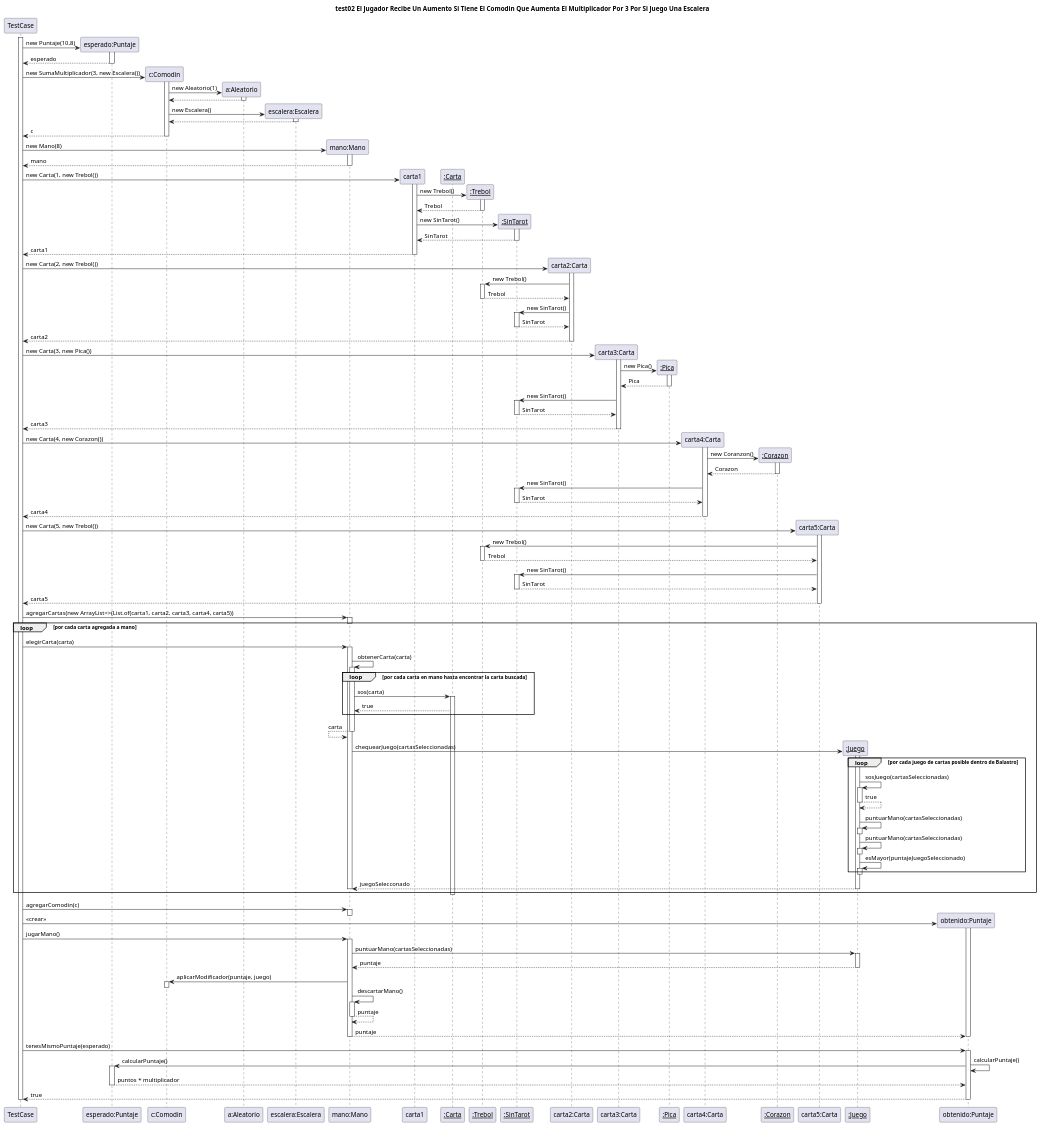
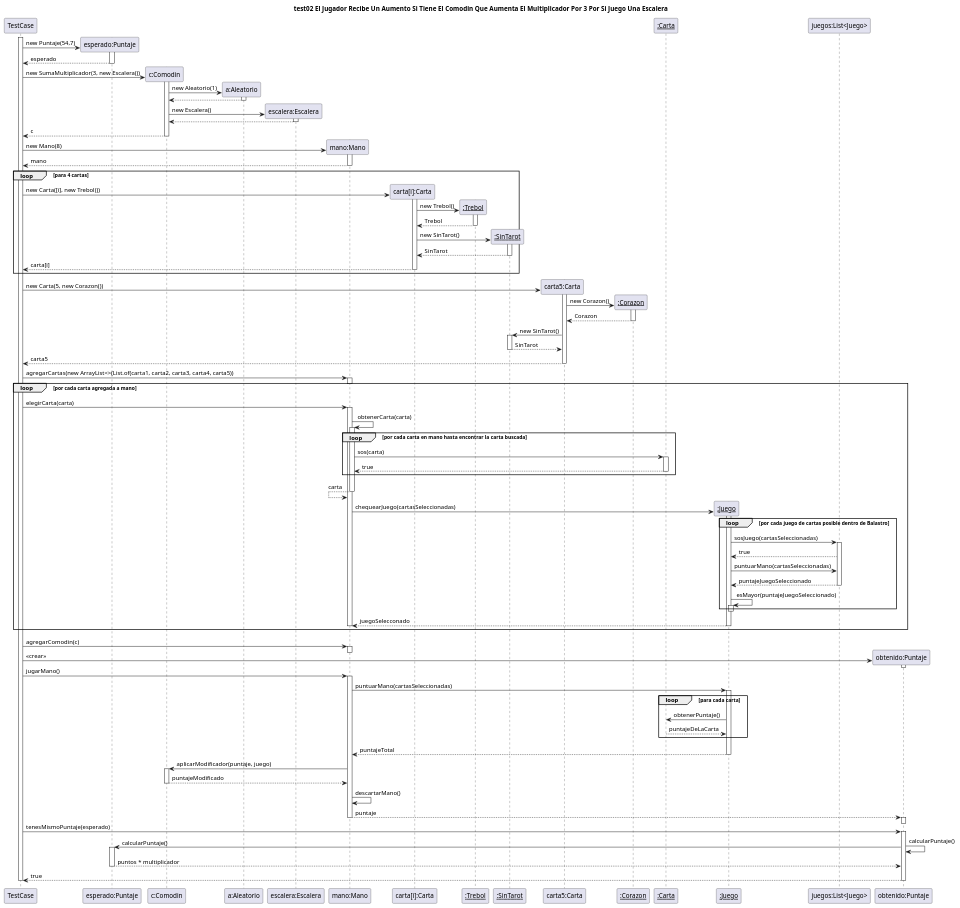
One commit to facukresta/g06-tp2-2c-2024 changed the diagram in diagrams/sequences/casoDeUso2.puml. Above: the diagram before and after it, drawn with PlantUML. The commit also changed 27 other files, not shown here.

```diff
--- a/diagrams/sequences/casoDeUso2.puml
+++ b/diagrams/sequences/casoDeUso2.puml
@@ -1,175 +1,139 @@
 @startuml casoDeUso2
 title "test02 El Jugador Recibe Un Aumento Si Tiene El Comodin Que Aumenta El Multiplicador Por 3 Por Si Juego Una Escalera"
 !pragma teoz true
 
 participant "TestCase" as TestCase
 
 activate TestCase
 
-TestCase -> "esperado:Puntaje" as esperado **: new Puntaje(10,8)
+TestCase -> "esperado:Puntaje" as esperado **: new Puntaje(54,7)
 activate esperado
 TestCase <-- esperado : esperado
 deactivate esperado
 
 TestCase -> "c:Comodin" as comodin **: new SumaMultiplicador(3, new Escalera())
 
 activate comodin
 comodin -> "a:Aleatorio" as aleatorio **: new Aleatorio(1)
 activate aleatorio
 comodin <-- aleatorio
 deactivate aleatorio
 comodin -> "escalera:Escalera" as escalera ** : new Escalera()
 activate escalera
 comodin <-- escalera
 deactivate escalera
 TestCase <-- comodin : c
 deactivate comodin
 
 TestCase -> "mano:Mano" as mano **: new Mano(8)
 activate mano
 TestCase <-- mano : mano
 deactivate mano
 
-carta1 -[hidden]-> "__:Carta__" as instanciaCarta **: blank
-& TestCase -> "carta1:Carta" as carta1 **: new Carta(1, new Trebol())
+loop para 4 cartas
+TestCase -> "carta[i]:Carta" as carta1 **: new Carta([i], new Trebol())
 activate carta1
 carta1 -> "__:Trebol__" as trebol **: new Trebol()
 activate trebol
 carta1 <-- trebol : Trebol
 deactivate trebol
 carta1 -> "__:SinTarot__" as sinTarot **: new SinTarot()
 activate sinTarot
 carta1 <-- sinTarot : SinTarot
 deactivate sinTarot
-TestCase <-- carta1 : carta1
+TestCase <-- carta1 : carta[i]
 deactivate carta1
+end
 
-TestCase -> "carta2:Carta" as carta2 **: new Carta(2, new Trebol())
-activate carta2
-carta2 -> trebol : new Trebol()
-activate trebol
-carta2 <-- trebol : Trebol
-deactivate trebol
-carta2 -> sinTarot : new SinTarot()
-activate sinTarot
-carta2 <-- sinTarot : SinTarot
-deactivate sinTarot
-TestCase <-- carta2 : carta2
-deactivate carta2
-
-TestCase -> "carta3:Carta" as carta3 **: new Carta(3, new Pica())
-activate carta3
-carta3 -> "__:Pica__" as pica **: new Pica()
-activate pica
-carta3 <-- pica: Pica
-deactivate pica
-carta3 -> sinTarot : new SinTarot()
-activate sinTarot
-carta3 <-- sinTarot : SinTarot
-deactivate sinTarot
-TestCase <-- carta3 : carta3
-deactivate carta3
-
-TestCase -> "carta4:Carta" as carta4 **: new Carta(4, new Corazon())
-activate carta4
-carta4 -> "__:Corazon__" as corazon **: new Coranzon()
+TestCase -> "carta5:Carta" as carta5 **: new Carta(5, new Corazon())
+activate carta5
+carta5 -> "__:Corazon__" as corazon **: new Corazon()
 activate corazon
-carta4 <-- corazon: Corazon
+carta5 <-- corazon : Corazon
 deactivate corazon
-carta4 -> sinTarot : new SinTarot()
-activate sinTarot
-carta4 <-- sinTarot : SinTarot
-deactivate sinTarot
-TestCase <-- carta4 : carta4
-deactivate carta4
-
-TestCase -> "carta5:Carta" as carta5 **: new Carta(5, new Trebol())
-activate carta5
-carta5 -> trebol : new Trebol()
-activate trebol
-carta5 <-- trebol : Trebol
-deactivate trebol
 carta5 -> sinTarot : new SinTarot()
 activate sinTarot
 carta5 <-- sinTarot : SinTarot
 deactivate sinTarot
 TestCase <-- carta5 : carta5
 deactivate carta5
 
 TestCase -> mano : agregarCartas(new ArrayList<>(List.of(carta1, carta2, carta3, carta4, carta5))
 activate mano
 deactivate mano
 
 loop por cada carta agregada a mano
 TestCase -> mano : elegirCarta(carta)
 activate mano
 mano -> mano : obtenerCarta(carta)
 activate mano
 loop por cada carta en mano hasta encontrar la carta buscada
-mano -> instanciaCarta : sos(carta)
+mano -> "__:Carta__" as instanciaCarta : sos(carta)
 activate instanciaCarta
 instanciaCarta --> mano : true
+deactivate instanciaCarta
 end
 mano <-- mano : carta
 deactivate mano
 mano -> "__:Juego__" as juego **: chequearJuego(cartasSeleccionadas)
 activate juego
 loop por cada juego de cartas posible dentro de Balastro
-juego -> juego : sosJuego(cartasSeleccionadas)
-activate juego
-juego --> juego : true
-deactivate juego
-juego -> juego : puntuarMano(cartasSeleccionadas)
-activate juego
-deactivate juego
-juego -> juego : puntuarMano(cartasSeleccionadas)
-activate juego
-deactivate juego
+juego -> "juegos:List<Juego>" as juegos : sosJuego(cartasSeleccionadas)
+activate juegos
+juegos --> juego : true
+juego -> juegos : puntuarMano(cartasSeleccionadas)
+juego <-- juegos : puntajeJuegoSeleccionado
+deactivate juegos
 juego -> juego : esMayor(puntajeJuegoSeleccionado)
+
 activate juego
 deactivate juego
 end
 mano <-- juego : juegoSelecconado
 deactivate instanciaCarta
 deactivate juego
 deactivate mano
 end
 
 TestCase -> mano : agregarComodin(c)
 activate mano
 deactivate mano
 
 
 TestCase -> "obtenido:Puntaje" as obtenido **: <<crear>>
 activate obtenido
+deactivate obtenido
 
 TestCase -> mano : jugarMano()
 activate mano 
 mano -> juego : puntuarMano(cartasSeleccionadas)
 activate juego
-mano <-- juego : puntaje
+loop para cada carta
+juego -> instanciaCarta : obtenerPuntaje()
+juego <--instanciaCarta : puntajeDeLaCarta
+end
+mano <-- juego : puntajeTotal
 deactivate juego
 mano -> comodin : aplicarModificador(puntaje, juego)
-activate comodin 
+activate comodin
+comodin --> mano : puntajeModificado
 deactivate comodin 
 mano -> mano : descartarMano()
-activate mano
-mano --> mano : puntaje
-deactivate mano
 obtenido <-- mano : puntaje
+activate obtenido
 deactivate obtenido
 deactivate mano 
 
 obtenido <- TestCase : tenesMismoPuntaje(esperado)
-activate obtenido 
+activate obtenido
 obtenido -> obtenido : calcularPuntaje()
  & obtenido -> esperado : calcularPuntaje()
 activate esperado
 esperado --> obtenido : puntos * multiplicador
 deactivate esperado
 obtenido --> TestCase: true
 deactivate obtenido
 
 deactivate TestCase
 
 @enduml
```
